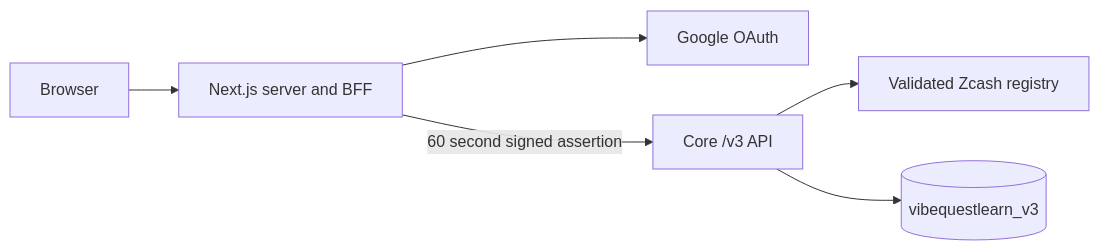
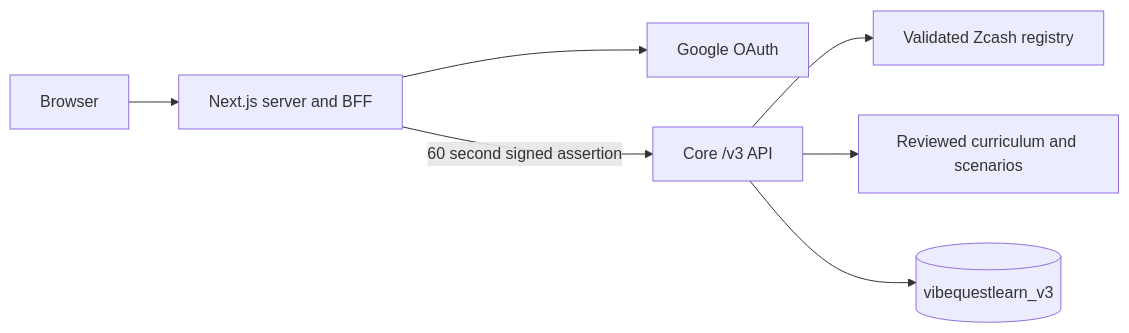
One commit to VibeQuestLearn/vibequest-web changed the diagram in docs/product-architecture.md. Above: the diagram before and after it, drawn with Mermaid. The commit also changed other lines of this file and 6 other files, not shown here.

````diff
--- a/docs/product-architecture.md
+++ b/docs/product-architecture.md
@@ -8,8 +8,9 @@
 ```mermaid
 flowchart LR
     Browser["Browser"] --> Web["Next.js server and BFF"]
     Web --> Google["Google OAuth"]
     Web -->|"60 second signed assertion"| Core["Core /v3 API"]
     Core --> Registry["Validated Zcash registry"]
+    Core --> Curriculum["Reviewed curriculum and scenarios"]
     Core --> V3DB[("vibequestlearn_v3")]
 ```
````
